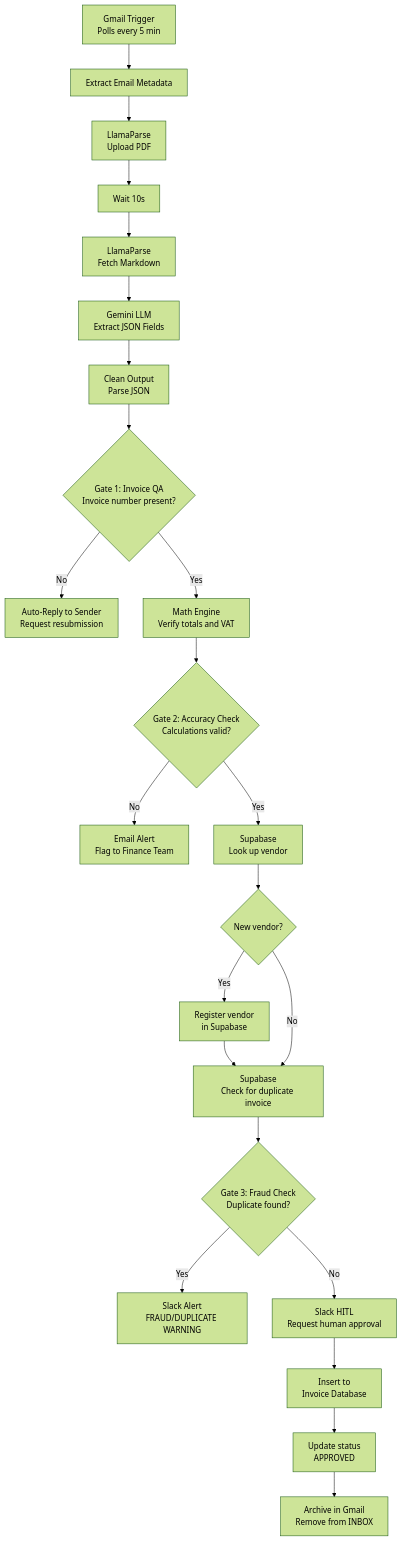
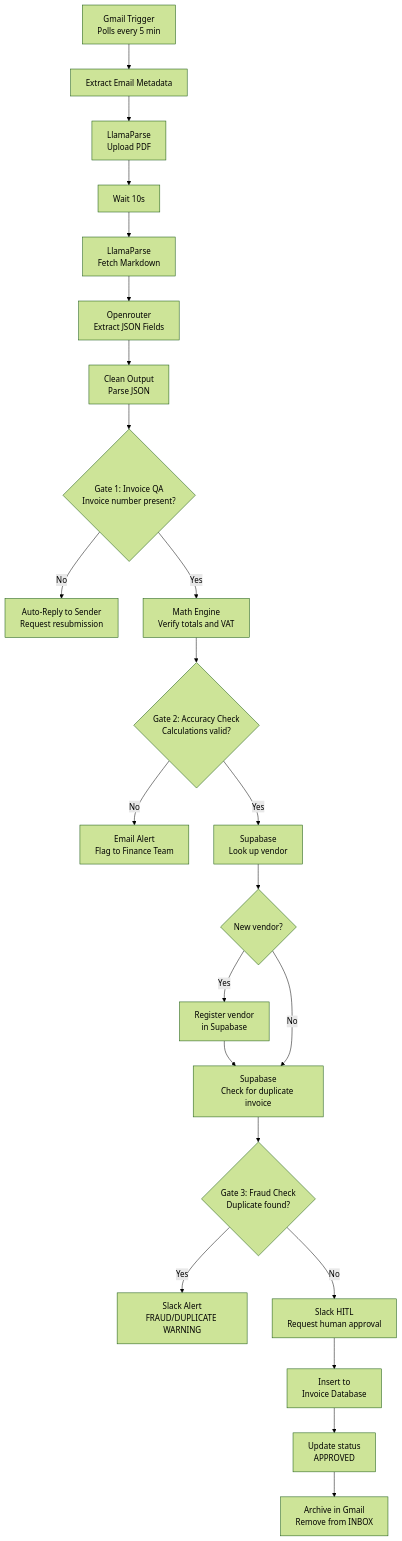
Before and after one commit to Kamara-AI/enterprise-invoice-automation: the diagram in README.md, drawn with Mermaid (forest theme).

Commit message:
Update process to use Openrouter for JSON extraction

````diff
--- a/README.md
+++ b/README.md
@@ -35,25 +35,25 @@
 ```mermaid
 flowchart TD
     A[Gmail Trigger\nPolls every 5 min] --> B[Extract Email Metadata]
     B --> C[LlamaParse\nUpload PDF]
     C --> D[Wait 10s]
     D --> E[LlamaParse\nFetch Markdown]
-    E --> F[Gemini LLM\nExtract JSON Fields]
+    E --> F[Openrouter\nExtract JSON Fields]
     F --> G[Clean Output\nParse JSON]
     G --> H{Gate 1: Invoice QA\nInvoice number present?}
     H -- No --> I[Auto-Reply to Sender\nRequest resubmission]
     H -- Yes --> J[Math Engine\nVerify totals and VAT]
     J --> K{Gate 2: Accuracy Check\nCalculations valid?}
     K -- No --> L[Email Alert\nFlag to Finance Team]
     K -- Yes --> M[Supabase\nLook up vendor]
     M --> N{New vendor?}
     N -- Yes --> O[Register vendor\nin Supabase]
     O --> P[Supabase\nCheck for duplicate invoice]
     N -- No --> P
     P --> Q{Gate 3: Fraud Check\nDuplicate found?}
     Q -- Yes --> R[Slack Alert\nFRAUD/DUPLICATE WARNING]
     Q -- No --> S[Slack HITL\nRequest human approval]
     S --> T[Insert to\nInvoice Database]
     T --> U[Update status\nAPPROVED]
     U --> V[Archive in Gmail\nRemove from INBOX]
 ```
````
